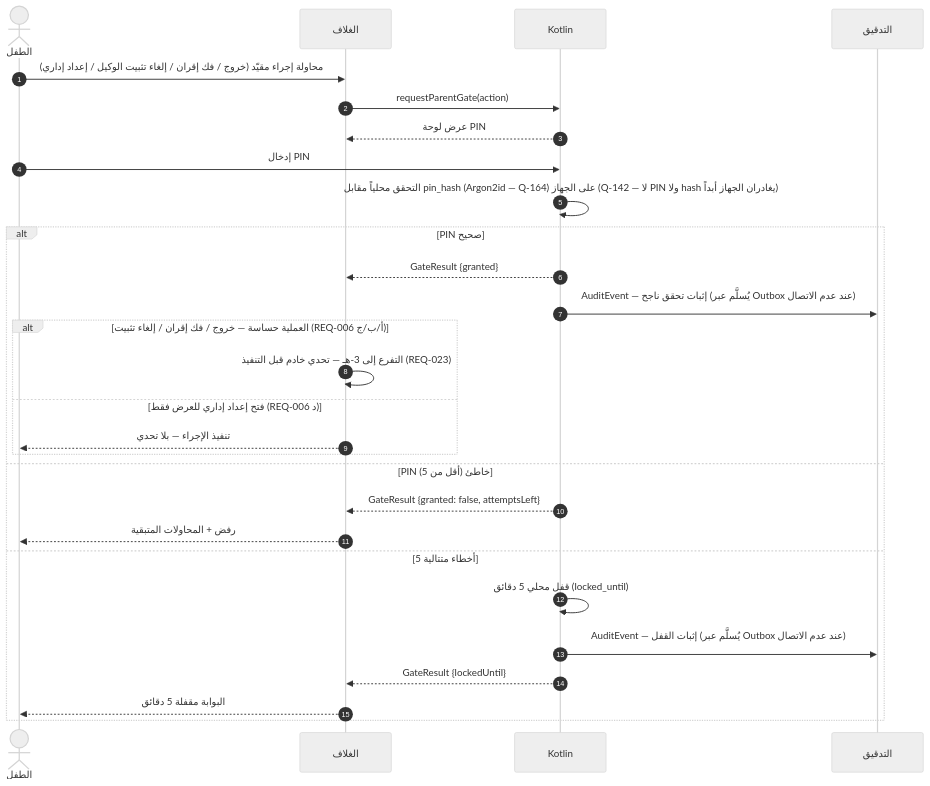
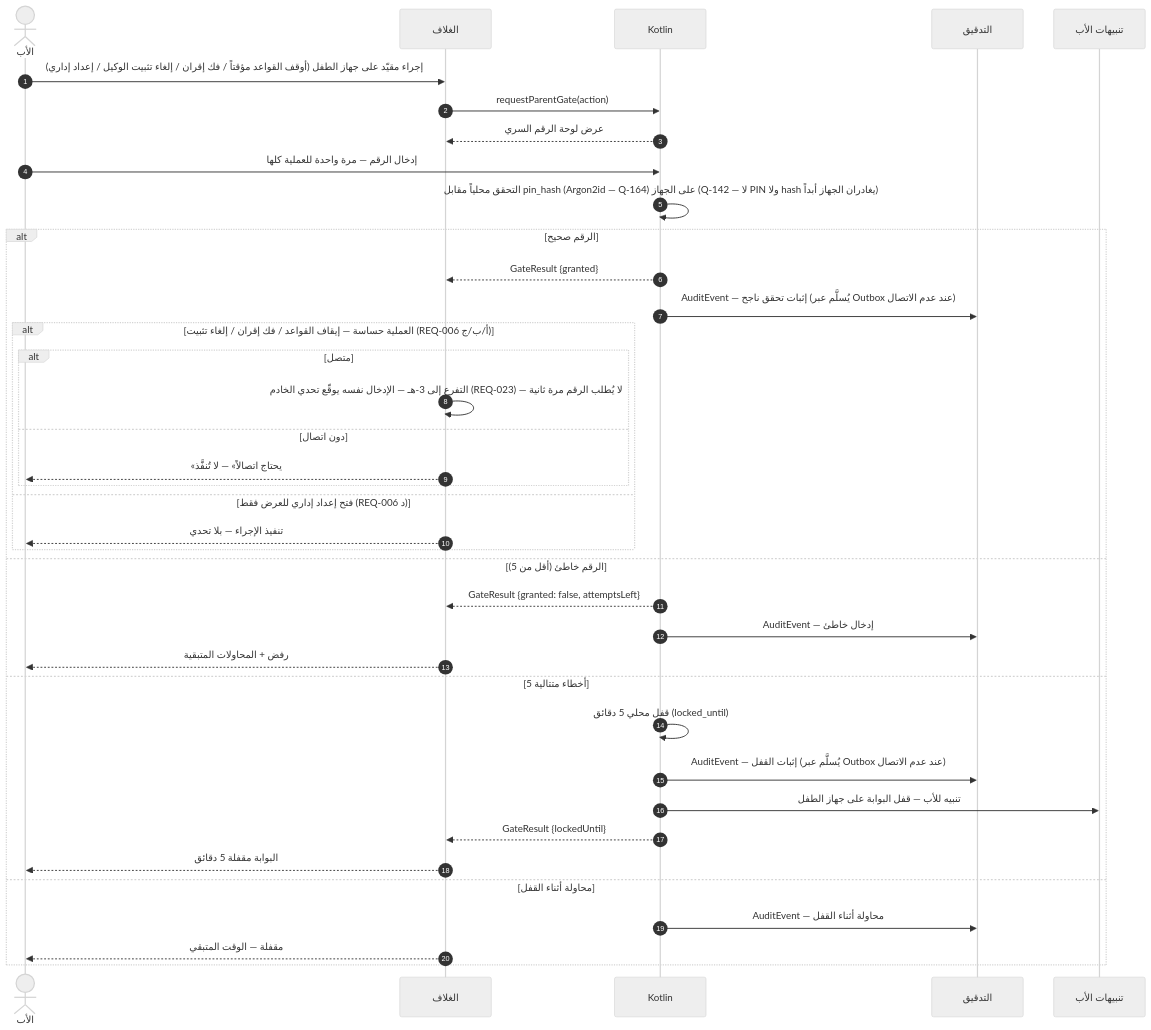
The fifth of 15 diagrams in docs/family-os/governance/phases/phase-1/S1-01-app-shell-and-platform/DIAGRAMS.md (Bassam-mohammed-alqaeadi/family-os-v2), drawn with Mermaid (neutral theme) before and after one commit. The commit also changed other lines of this file and 13 other files, not shown here.

````diff
--- a/docs/family-os/governance/phases/phase-1/S1-01-app-shell-and-platform/DIAGRAMS.md
+++ b/docs/family-os/governance/phases/phase-1/S1-01-app-shell-and-platform/DIAGRAMS.md
@@ -274,30 +256,40 @@
 ```mermaid
 sequenceDiagram
     autonumber
-    actor Child as الطفل
+    actor Father as الأب
     participant Shell as الغلاف
     participant K as Kotlin
     participant Audit as التدقيق
-    Child->>Shell: محاولة إجراء مقيّد (خروج / فك إقران / إلغاء تثبيت الوكيل / إعداد إداري)
+    participant Alerts as تنبيهات الأب
+    Father->>Shell: إجراء مقيّد على جهاز الطفل (أوقف القواعد مؤقتاً / فك إقران / إلغاء تثبيت الوكيل / إعداد إداري)
     Shell->>K: requestParentGate(action)
-    K-->>Shell: عرض لوحة PIN
-    Child->>K: إدخال PIN
+    K-->>Shell: عرض لوحة الرقم السري
+    Father->>K: إدخال الرقم — مرة واحدة للعملية كلها
     K->>K: التحقق محلياً مقابل pin_hash (Argon2id — Q-164) على الجهاز (Q-142 — لا PIN ولا hash يغادران الجهاز أبداً)
-    alt PIN صحيح
+    alt الرقم صحيح
         K-->>Shell: GateResult {granted}
         K->>Audit: AuditEvent — إثبات تحقق ناجح (يُسلَّم عبر Outbox عند عدم الاتصال)
-        alt العملية حساسة — خروج / فك إقران / إلغاء تثبيت (REQ-006 أ/ب/ج)
-            Shell->>Shell: التفرع إلى 3-هـ — تحدي خادم قبل التنفيذ (REQ-023)
+        alt العملية حساسة — إيقاف القواعد / فك إقران / إلغاء تثبيت (REQ-006 أ/ب/ج)
+            alt متصل
+                Shell->>Shell: التفرع إلى 3-هـ — الإدخال نفسه يوقّع تحدي الخادم (REQ-023) — لا يُطلب الرقم مرة ثانية
+            else دون اتصال
+                Shell-->>Father: «يحتاج اتصالاً» — لا تُنفَّذ
+            end
         else فتح إعداد إداري للعرض فقط (REQ-006 د)
-            Shell-->>Child: تنفيذ الإجراء — بلا تحدي
+            Shell-->>Father: تنفيذ الإجراء — بلا تحدي
         end
-    else PIN خاطئ (أقل من 5)
+    else الرقم خاطئ (أقل من 5)
         K-->>Shell: GateResult {granted: false, attemptsLeft}
-        Shell-->>Child: رفض + المحاولات المتبقية
+        K->>Audit: AuditEvent — إدخال خاطئ
+        Shell-->>Father: رفض + المحاولات المتبقية
     else 5 أخطاء متتالية
         K->>K: قفل محلي 5 دقائق (locked_until)
         K->>Audit: AuditEvent — إثبات القفل (يُسلَّم عبر Outbox عند عدم الاتصال)
+        K->>Alerts: تنبيه للأب — قفل البوابة على جهاز الطفل
         K-->>Shell: GateResult {lockedUntil}
-        Shell-->>Child: البوابة مقفلة 5 دقائق
+        Shell-->>Father: البوابة مقفلة 5 دقائق
+    else محاولة أثناء القفل
+        K->>Audit: AuditEvent — محاولة أثناء القفل
+        Shell-->>Father: مقفلة — الوقت المتبقي
     end
 ```
````
